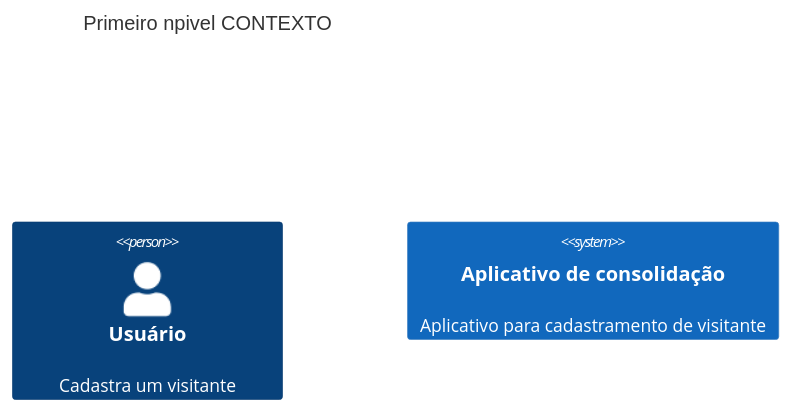
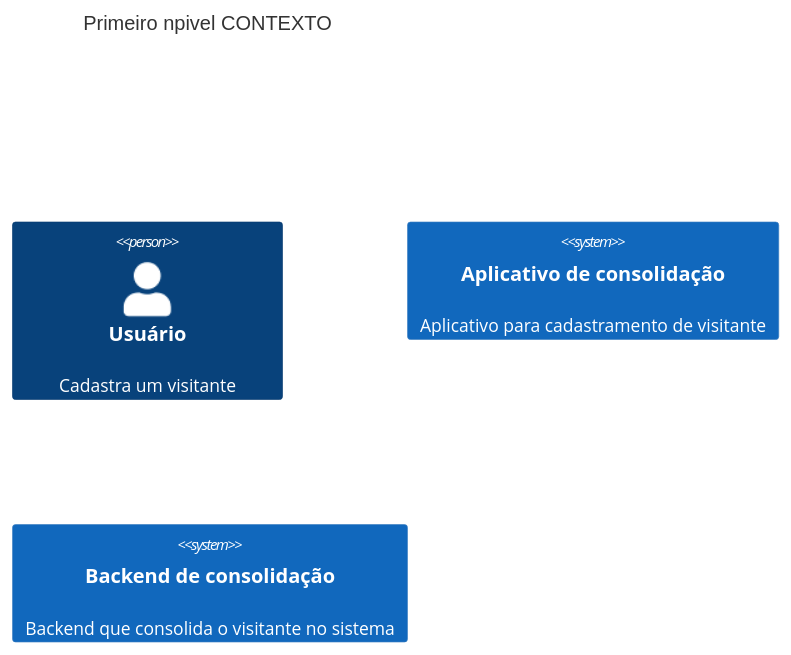
One commit to marciocadev/mermaid-github changed the diagram in README.md. Above: the diagram before and after it, drawn with Mermaid.

````diff
--- a/README.md
+++ b/README.md
@@ -3,9 +3,10 @@
 ```mermaid
     C4Context
       title Primeiro npivel CONTEXTO
 
       Person(user, "Usuário", "Cadastra um visitante")
-      System(system, "Aplicativo de consolidação", "Aplicativo para cadastramento de visitante")
+      System(app, "Aplicativo de consolidação", "Aplicativo para cadastramento de visitante")
+      System(backend, "Backend de consolidação", "Backend que consolida o visitante no sistema")
 
       
 ```
````
